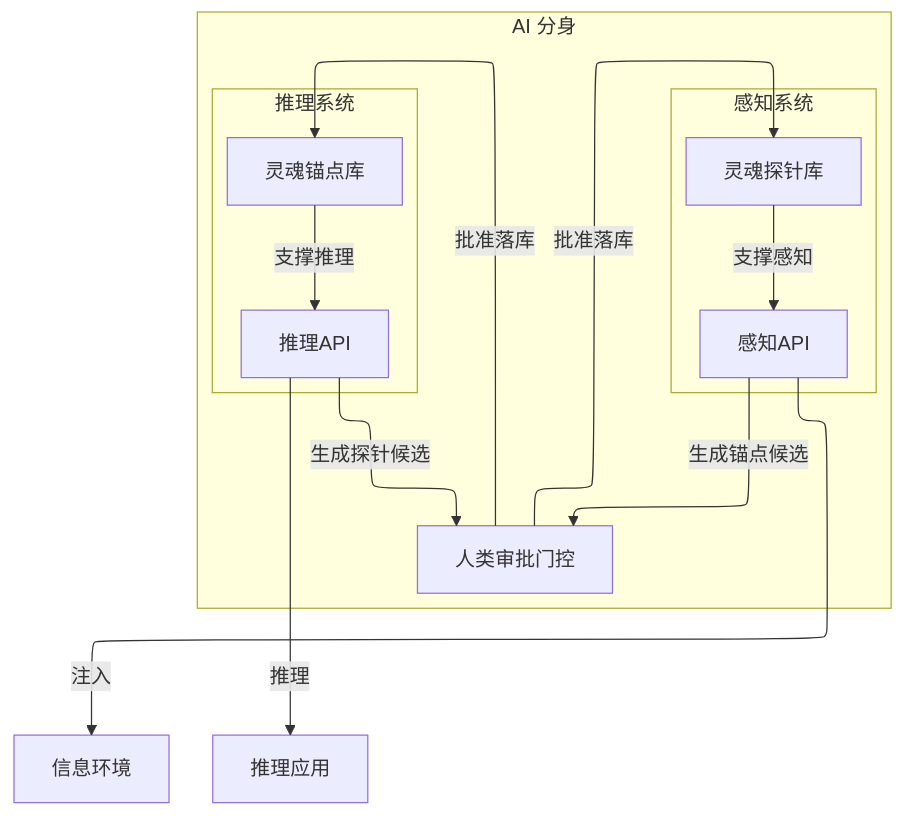
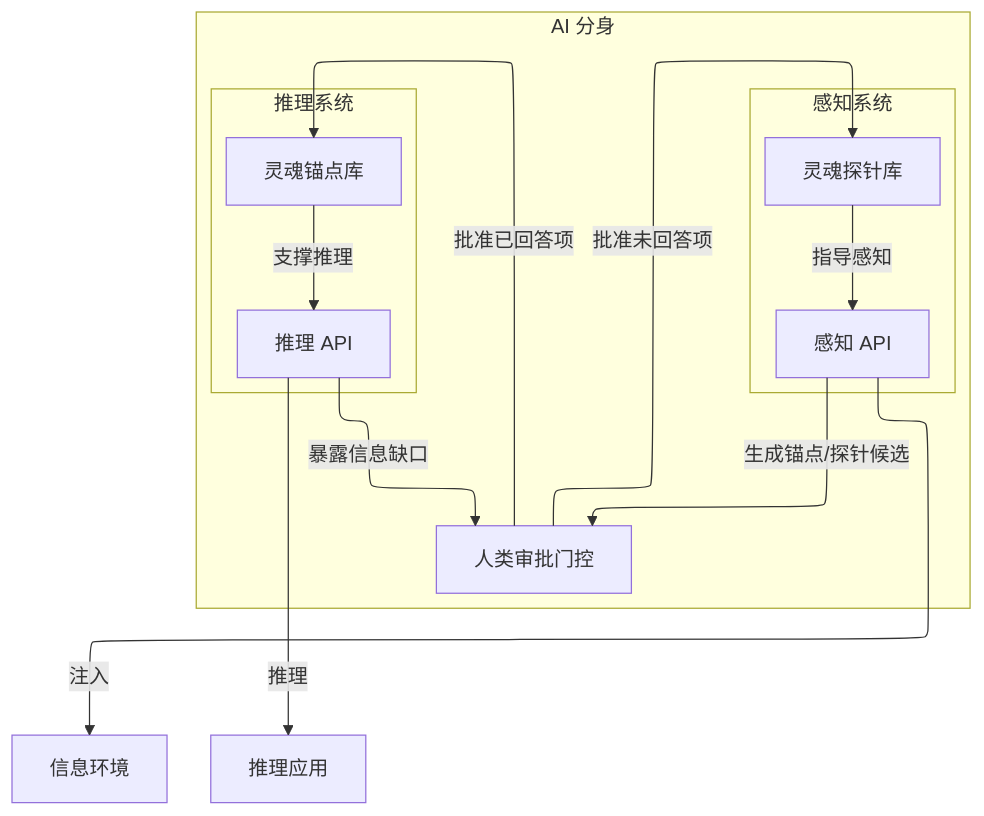
One commit to zccz14/ReMi changed the first of 3 diagrams in README.md. Above: the diagram before and after it, drawn with Mermaid. The commit also changed other lines of this file and 11 other files, not shown here.

````diff
--- a/README.md
+++ b/README.md
@@ -32,30 +32,29 @@
 ```mermaid
 flowchart-elk TD
     subgraph AI 分身
         B[人类审批门控]
 
         subgraph 感知系统
-            A[感知API]
+            A[感知 API]
             F[灵魂探针库]
         end
 
         subgraph 推理系统
             C[灵魂锚点库]
-            E[推理API]
+            E[推理 API]
         end
 
-
-        E -->|生成探针候选| B
-        A -->|生成锚点候选| B
+        E -->|暴露信息缺口| B
+        A -->|生成锚点/探针候选| B
         C -->|支撑推理| E
-        F -->|支撑感知| A
+        F -->|指导感知| A
     end
-    B -->|批准落库| F
-    B -->|批准落库| C
+    B -->|批准未回答项| F
+    B -->|批准已回答项| C
 
     I[信息环境]
     D[推理应用]
 
     A -->|注入| I
     E -->|推理| D
 ```
````
